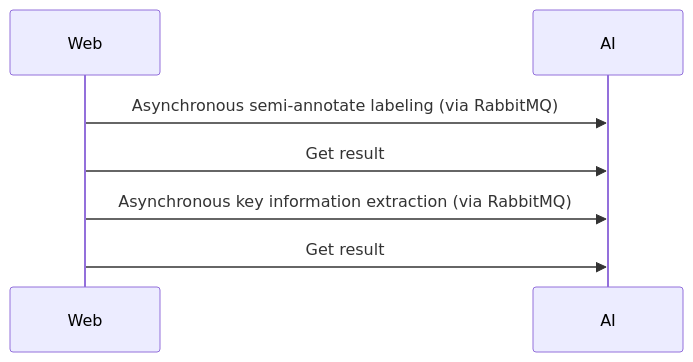
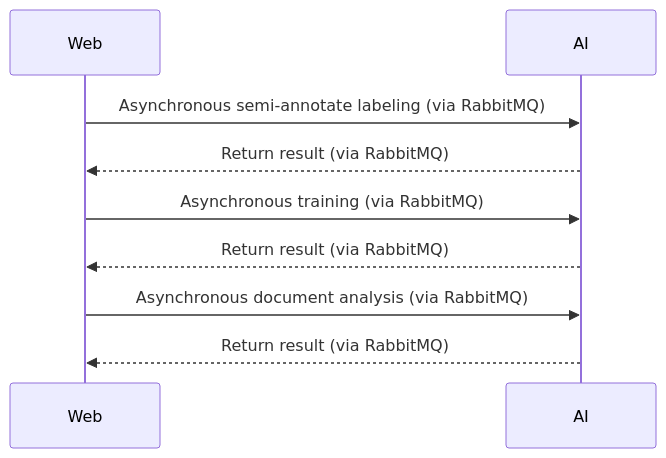
One commit to tofuai/idoc changed the first of 2 diagrams in README.md. Above: the diagram before and after it, drawn with Mermaid. The commit also changed other lines of this file, not shown here.

Commit message:
update document

````diff
--- a/README.md
+++ b/README.md
@@ -4,7 +4,9 @@
 ```mermaid
 sequenceDiagram
 Web ->> AI: Asynchronous semi-annotate labeling (via RabbitMQ)
-Web ->> AI: Get result
-Web ->> AI: Asynchronous key information extraction (via RabbitMQ)
-Web ->> AI: Get result
+AI -->> Web: Return result (via RabbitMQ)
+Web ->> AI: Asynchronous training (via RabbitMQ)
+AI -->> Web: Return result (via RabbitMQ)
+Web ->> AI: Asynchronous document analysis (via RabbitMQ)
+AI -->> Web: Return result (via RabbitMQ)
 ```
````
